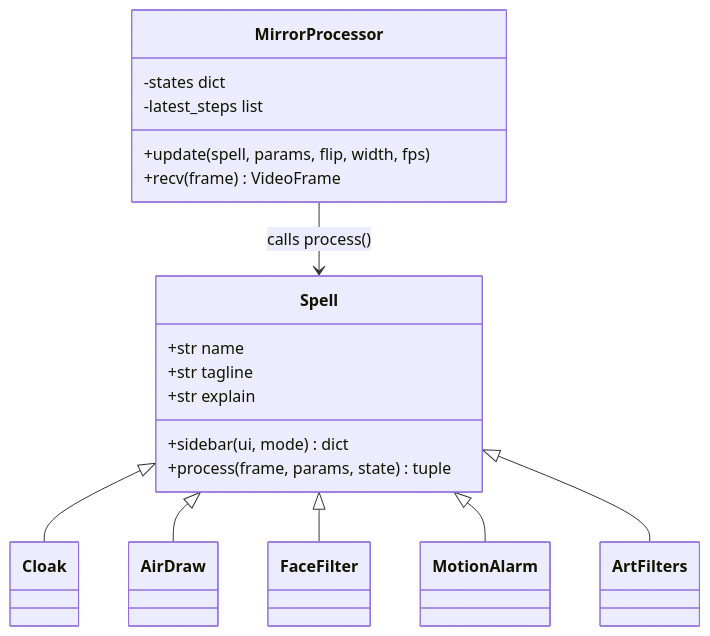
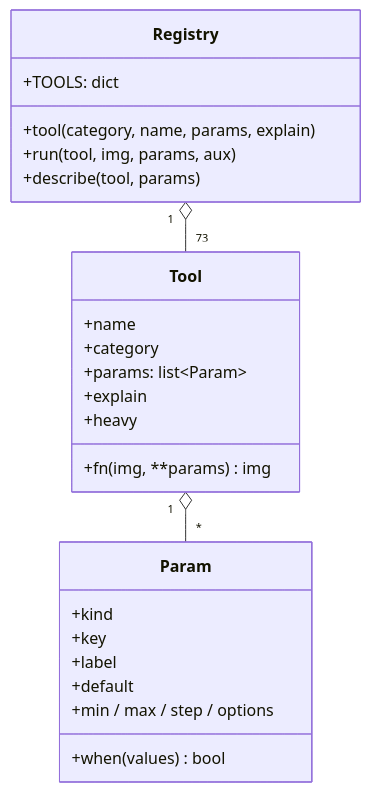
The fourth of 7 diagrams in README.md (Hagar-Ghazi/magic-mirror), drawn with Mermaid before and after one commit. The commit also changed other lines of this file and 81 other files, not shown here.

````diff
--- a/README.md
+++ b/README.md
@@ -118,28 +285,27 @@
 ```mermaid
 classDiagram
-    class Spell {
-        +str name
-        +str tagline
-        +str explain
-        +sidebar(ui, mode) dict
-        +process(frame, params, state) tuple
+    class Param {
+        +kind
+        +key
+        +label
+        +default
+        +min / max / step / options
+        +when(values) bool
     }
-    class Cloak
-    class AirDraw
-    class FaceFilter
-    class MotionAlarm
-    class ArtFilters
-    Spell <|-- Cloak
-    Spell <|-- AirDraw
-    Spell <|-- FaceFilter
-    Spell <|-- MotionAlarm
-    Spell <|-- ArtFilters
-
-    class MirrorProcessor {
-        +update(spell, params, flip, width, fps)
-        +recv(frame) VideoFrame
-        -states dict
-        -latest_steps list
+    class Tool {
+        +name
+        +category
+        +fn(img, **params) img
+        +params: list~Param~
+        +explain
+        +heavy
     }
-    MirrorProcessor --> Spell : calls process()
+    class Registry {
+        +TOOLS: dict
+        +tool(category, name, params, explain)
+        +run(tool, img, params, aux)
+        +describe(tool, params)
+    }
+    Registry "1" o-- "73" Tool
+    Tool "1" o-- "*" Param
 ```
````
